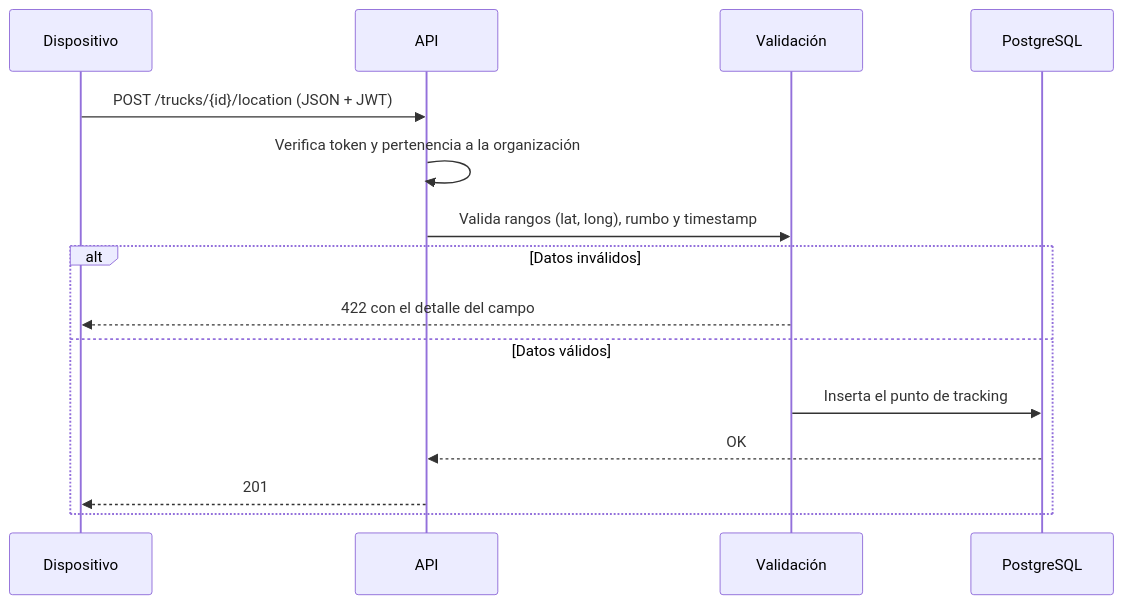
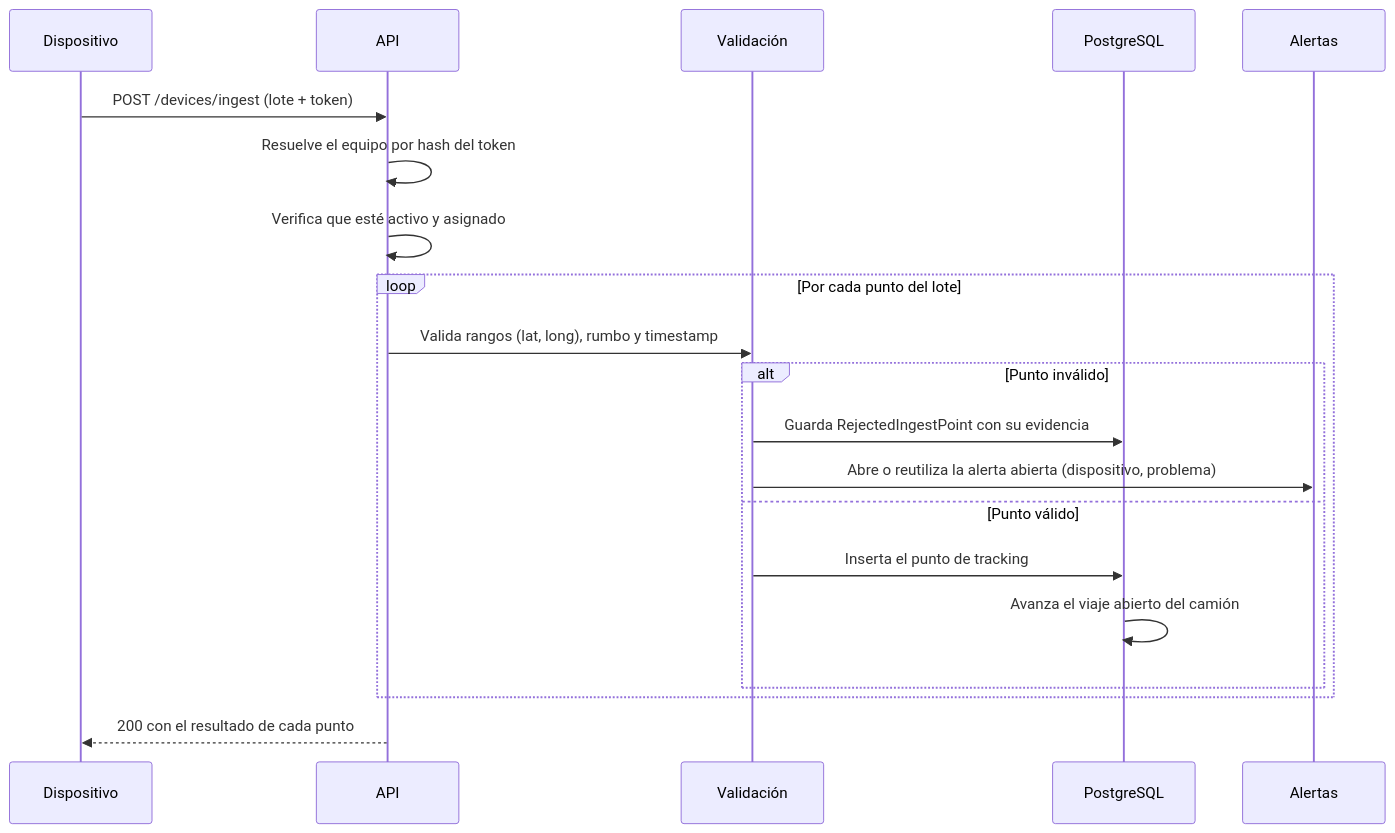
The second of 4 diagrams in docs/ARCHITECTURE.md (octa-afk/IterTrack), drawn with Mermaid before and after one commit. The commit also changed other lines of this file and 4 other files, not shown here.

````diff
--- a/docs/ARCHITECTURE.md
+++ b/docs/ARCHITECTURE.md
@@ -42,18 +56,23 @@
 ```mermaid
 sequenceDiagram
     participant D as Dispositivo
     participant A as API
     participant V as Validación
     participant DB as PostgreSQL
+    participant AL as Alertas
 
-    D->>A: POST /trucks/{id}/location (JSON + JWT)
-    A->>A: Verifica token y pertenencia a la organización
-    A->>V: Valida rangos (lat, long), rumbo y timestamp
-    alt Datos inválidos
-        V-->>D: 422 con el detalle del campo
-    else Datos válidos
-        V->>DB: Inserta el punto de tracking
-        DB-->>A: OK
-        A-->>D: 201
+    D->>A: POST /devices/ingest (lote + token)
+    A->>A: Resuelve el equipo por hash del token
+    A->>A: Verifica que esté activo y asignado
+    loop Por cada punto del lote
+        A->>V: Valida rangos (lat, long), rumbo y timestamp
+        alt Punto inválido
+            V->>DB: Guarda RejectedIngestPoint con su evidencia
+            V->>AL: Abre o reutiliza la alerta abierta (dispositivo, problema)
+        else Punto válido
+            V->>DB: Inserta el punto de tracking
+            DB->>DB: Avanza el viaje abierto del camión
+        end
     end
+    A-->>D: 200 con el resultado de cada punto
 ```
````
